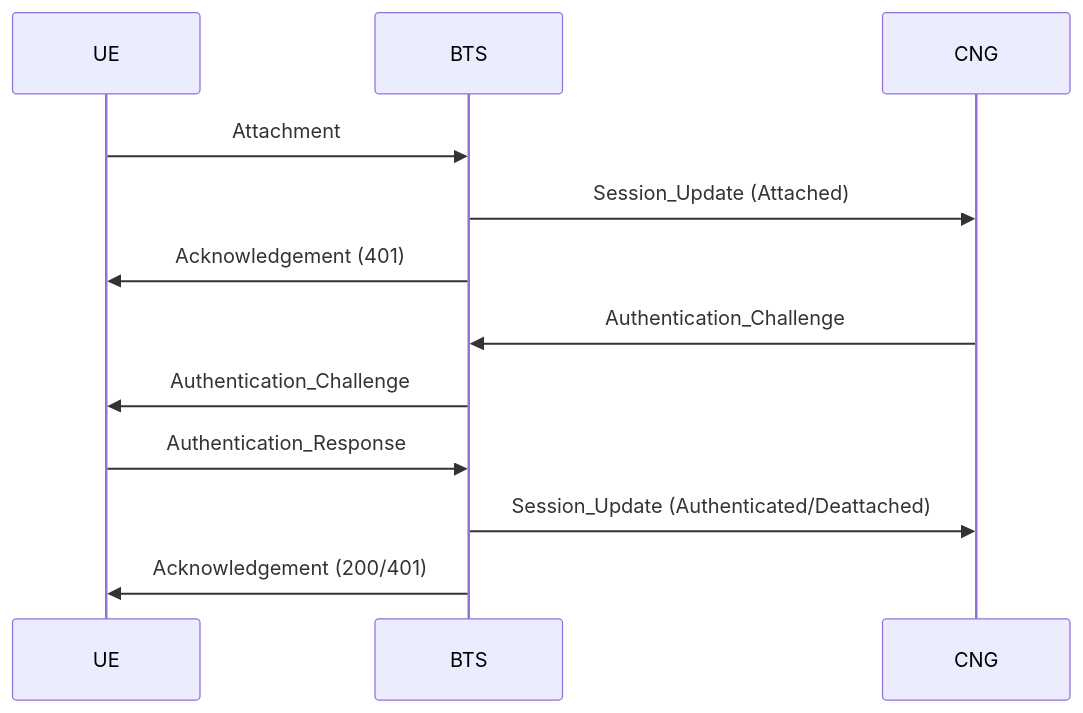
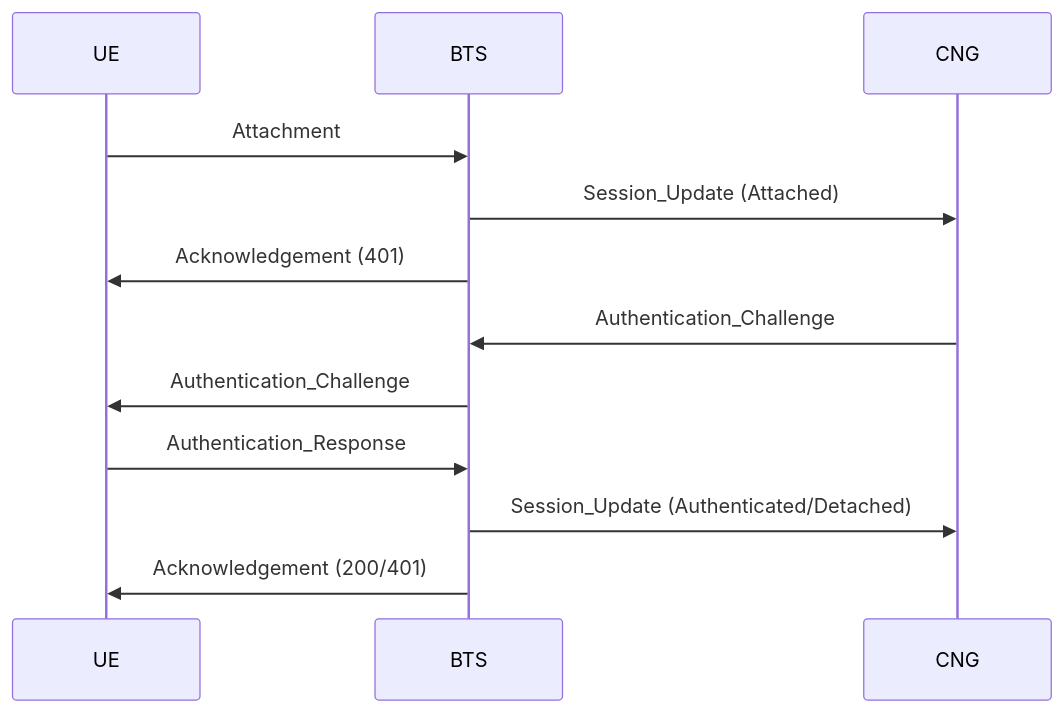
One commit to samuelh2005/cc-telecom changed the second of 4 diagrams in docs/protocols/layer1.md. Above: the diagram before and after it, drawn with Mermaid. The commit also changed other lines of this file, not shown here.

````diff
--- a/docs/protocols/layer1.md
+++ b/docs/protocols/layer1.md
@@ -264,15 +264,15 @@
 ```mermaid
 sequenceDiagram
     participant UE
     participant BTS
     participant CNG
 
     UE->>BTS: Attachment
     BTS->>CNG: Session_Update (Attached)
     BTS->>UE: Acknowledgement (401)
     CNG->>BTS: Authentication_Challenge
     BTS->>UE: Authentication_Challenge
     UE->>BTS: Authentication_Response
-    BTS->>CNG: Session_Update (Authenticated/Deattached)
+    BTS->>CNG: Session_Update (Authenticated/Detached)
     BTS->>UE: Acknowledgement (200/401)
 ```
````
